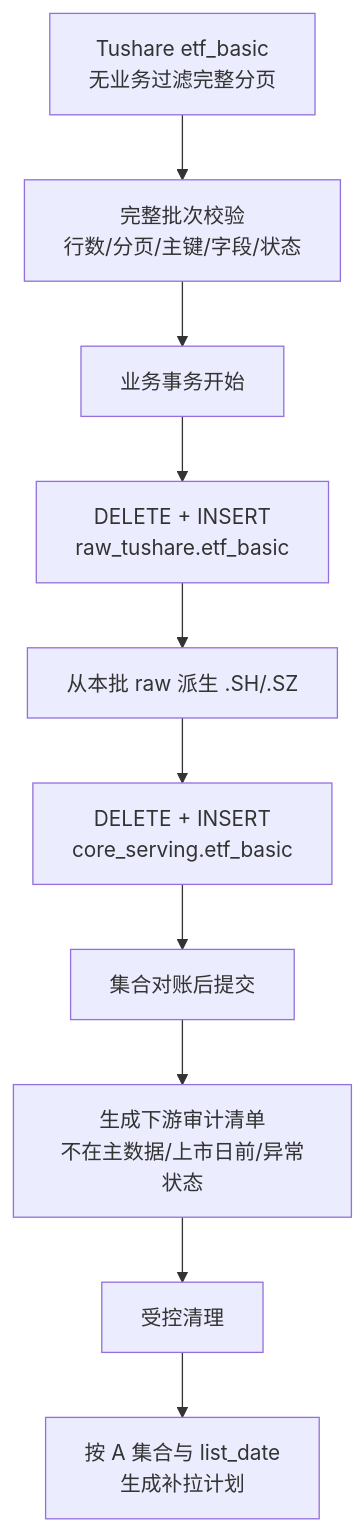
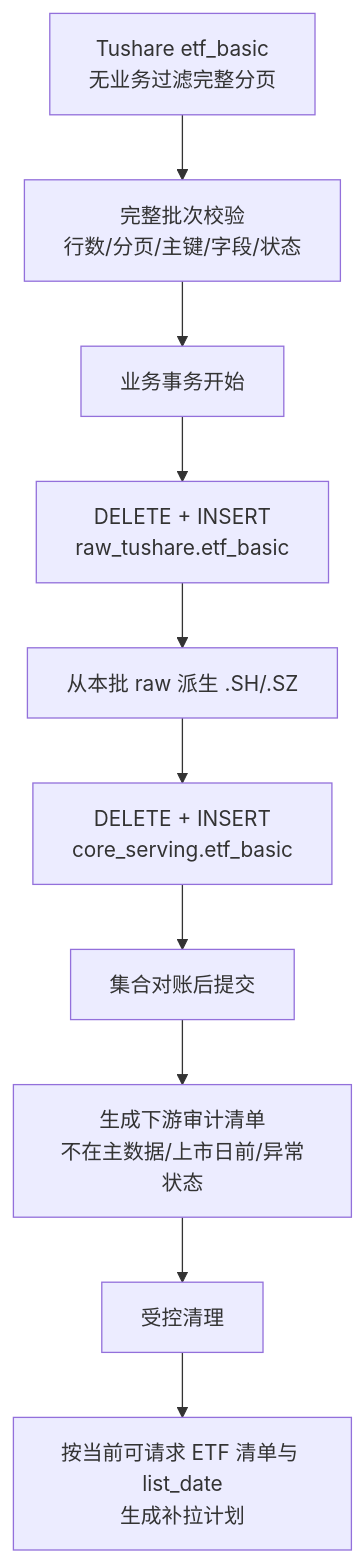
Before and after one commit to chiuser/goldenshare: the diagram in docs/architecture/etf-basic-rebuild-and-downstream-data-audit-cleanup-plan-v1.md, drawn with Mermaid. The commit also changed other lines of this file and 3 other files, not shown here.

````diff
--- a/docs/architecture/etf-basic-rebuild-and-downstream-data-audit-cleanup-plan-v1.md
+++ b/docs/architecture/etf-basic-rebuild-and-downstream-data-audit-cleanup-plan-v1.md
@@ -214,12 +210,12 @@
 ```mermaid
 flowchart TD
   A["Tushare etf_basic\n无业务过滤完整分页"] --> B["完整批次校验\n行数/分页/主键/字段/状态"]
   B --> C["业务事务开始"]
   C --> D["DELETE + INSERT\nraw_tushare.etf_basic"]
   D --> E["从本批 raw 派生 .SH/.SZ"]
   E --> F["DELETE + INSERT\ncore_serving.etf_basic"]
   F --> G["集合对账后提交"]
   G --> H["生成下游审计清单\n不在主数据/上市日前/异常状态"]
   H --> I["受控清理"]
-  I --> J["按 A 集合与 list_date\n生成补拉计划"]
+  I --> J["按当前可请求 ETF 清单与 list_date\n生成补拉计划"]
 ```
````
